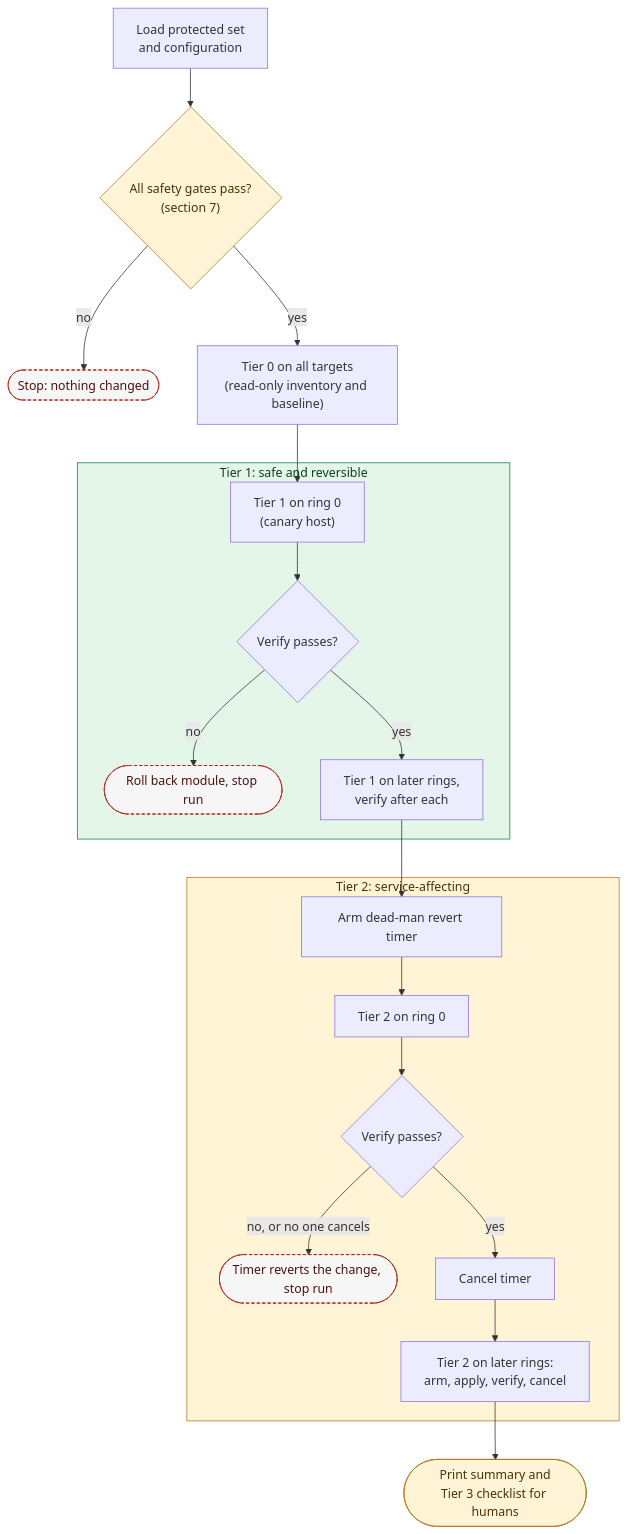
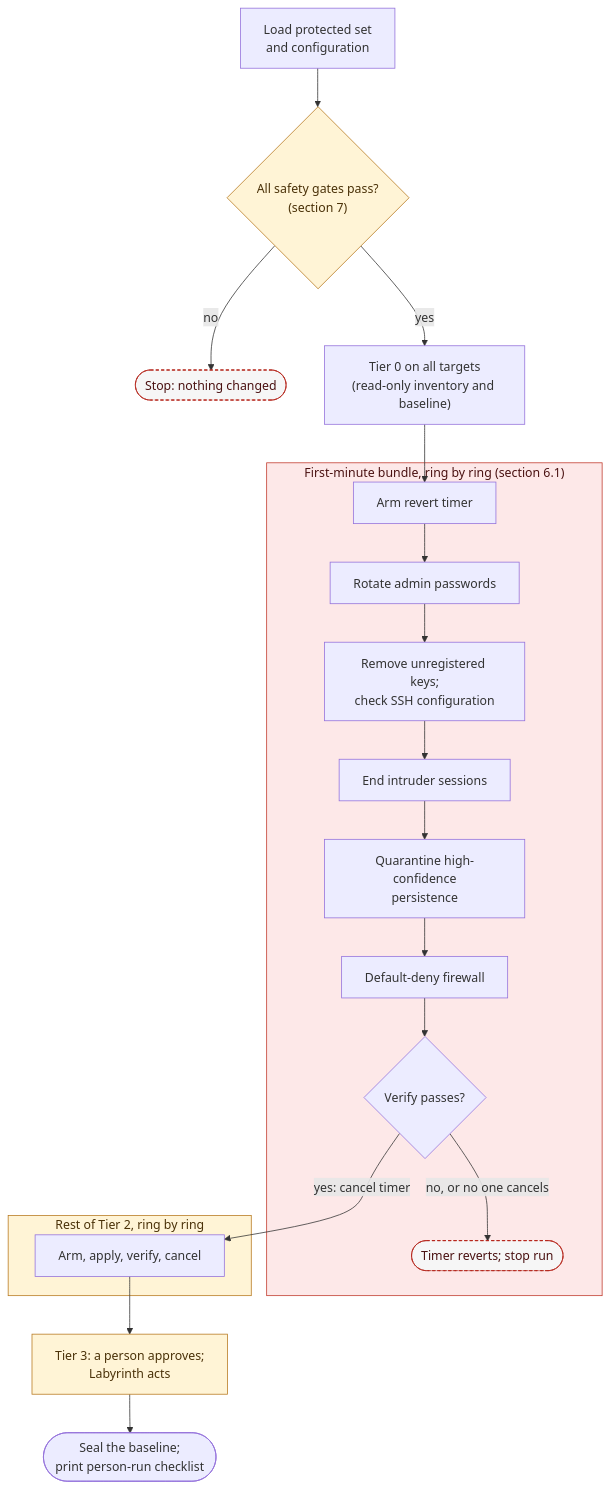
Before and after one commit to dotnetdork/Labyrinth: the second of 2 diagrams in docs/design/01-Lockout-Panic-Button.md, drawn with Mermaid. The commit also changed other lines of this file and 14 other files, not shown here.

````diff
--- a/docs/design/01-Lockout-Panic-Button.md
+++ b/docs/design/01-Lockout-Panic-Button.md
@@ -85,25 +112,22 @@
 ```mermaid
 flowchart TD
     PS["Load protected set<br/>and configuration"] --> GATES{"All safety gates pass?<br/>(section 7)"}
     GATES -->|no| STOP(["Stop: nothing changed"])
     GATES -->|yes| T0["Tier 0 on all targets<br/>(read-only inventory and baseline)"]
-    subgraph tier1["Tier 1: safe and reversible"]
-        T1C["Tier 1 on ring 0<br/>(canary host)"] --> V1{"Verify passes?"}
-        V1 -->|no| RB1(["Roll back module, stop run"])
-        V1 -->|yes| T1R["Tier 1 on later rings,<br/>verify after each"]
+    subgraph fm["First-minute bundle, ring by ring (section 6.1)"]
+        ARM["Arm revert timer"] --> B1["Rotate admin passwords"] --> B2["Remove unregistered keys;<br/>check SSH configuration"] --> B3["End intruder sessions"] --> B4["Quarantine high-confidence<br/>persistence"] --> B5["Default-deny firewall"] --> V1{"Verify passes?"}
+        V1 -->|"no, or no one cancels"| REV(["Timer reverts; stop run"])
     end
-    subgraph tier2["Tier 2: service-affecting"]
-        ARM["Arm dead-man revert timer"] --> T2C["Tier 2 on ring 0"] --> V2{"Verify passes?"}
-        V2 -->|"no, or no one cancels"| REV(["Timer reverts the change, stop run"])
-        V2 -->|yes| CAN["Cancel timer"] --> T2R["Tier 2 on later rings:<br/>arm, apply, verify, cancel"]
+    subgraph tier2["Rest of Tier 2, ring by ring"]
+        T2C["Arm, apply, verify, cancel"]
     end
-    T0 --> T1C
-    T1R --> ARM
-    T2R --> OUT(["Print summary and<br/>Tier 3 checklist for humans"])
+    T0 --> ARM
+    V1 -->|"yes: cancel timer"| T2C
+    T2C --> T3["Tier 3: a person approves;<br/>Labyrinth acts"] --> SEAL(["Seal the baseline;<br/>print person-run checklist"])
     classDef human fill:#fff4d6,stroke:#b7791f,color:#4a3108
     classDef stop fill:#f6f6f6,stroke:#b42318,color:#4a1111,stroke-dasharray:4 3
-    class GATES,OUT human
-    class STOP,RB1,REV stop
-    style tier1 fill:#e3f6e8,stroke:#15803d,color:#0f3d20
+    class GATES,T3 human
+    class STOP,REV stop
+    style fm fill:#fde8e8,stroke:#c0392b,color:#4a1111
     style tier2 fill:#fff4d6,stroke:#b7791f,color:#4a3108
 ```
````
